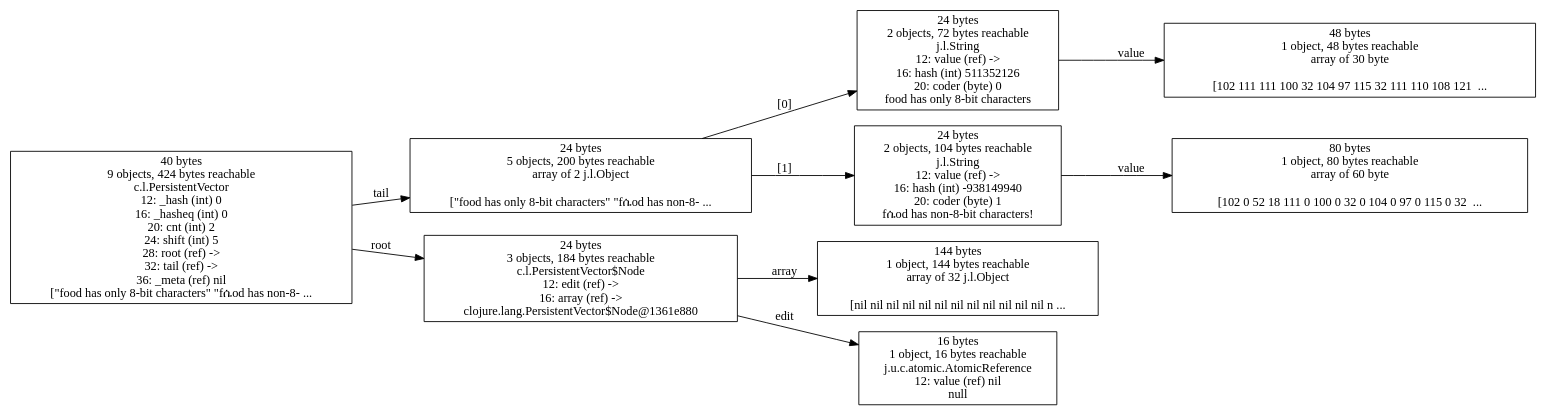
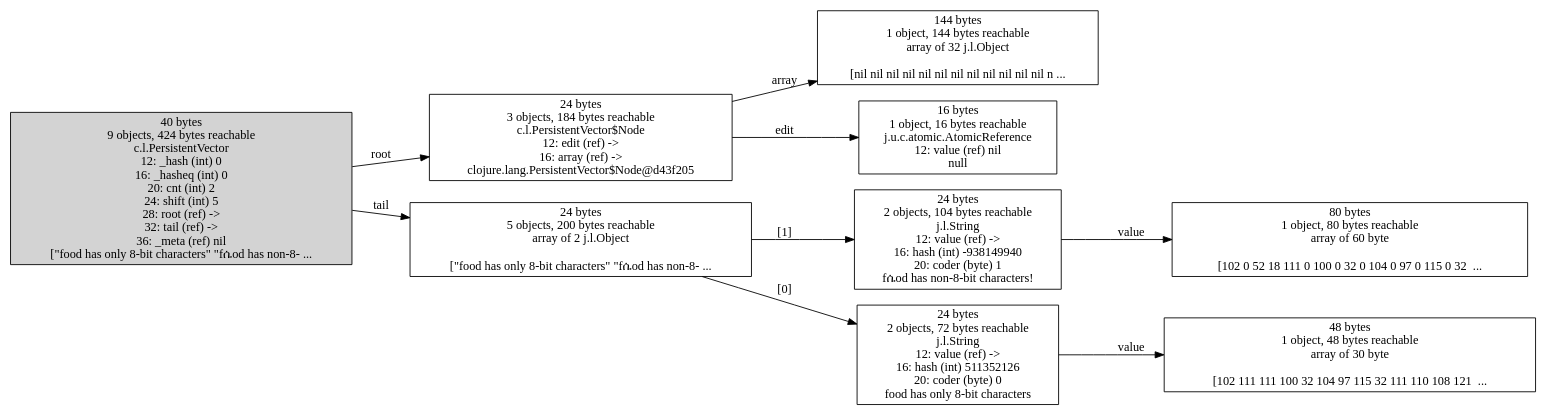
One commit to jafingerhut/cljol changed the diagram in doc/images/strings-8-bit-and-not-Linux-4.15.0-54-jdk-Oracle-9.0.4-clj-1.10.1.dot. Above: the diagram before and after it, drawn with Graphviz. The commit also changed 13 other files, not shown here.

```diff
--- a/doc/images/strings-8-bit-and-not-Linux-4.15.0-54-jdk-Oracle-9.0.4-clj-1.10.1.dot
+++ b/doc/images/strings-8-bit-and-not-Linux-4.15.0-54-jdk-Oracle-9.0.4-clj-1.10.1.dot
@@ -1,67 +1,67 @@
 digraph {
 graph [layout=dot,rankdir=LR];
-"26107443776" [label="144 bytes
+"26374549568" ["scc-num-nodes"=1,label="80 bytes
+1 object, 80 bytes reachable
+array of 60 byte
+
+[102 0 52 18 111 0 100 0 32 0 104 0 97 0 115 0 32  ...",shape=box];
+"26101009664" ["scc-num-nodes"=1,label="144 bytes
 1 object, 144 bytes reachable
 array of 32 j.l.Object
 
 [nil nil nil nil nil nil nil nil nil nil nil nil n ...",shape=box];
-"26380850048" [label="24 bytes
-5 objects, 200 bytes reachable
-array of 2 j.l.Object
-
-[\"food has only 8-bit characters\" \"fሴod has non-8- ...",shape=box];
-"26375618048" [label="80 bytes
-1 object, 80 bytes reachable
-array of 60 byte
-
-[102 0 52 18 111 0 100 0 32 0 104 0 97 0 115 0 32  ...",shape=box];
-"26367300288" [label="48 bytes
-1 object, 48 bytes reachable
-array of 30 byte
-
-[102 111 111 100 32 104 97 115 32 111 110 108 121  ...",shape=box];
-"26427026048" [label="24 bytes
+"26392458304" ["scc-num-nodes"=1,label="24 bytes
+2 objects, 104 bytes reachable
+j.l.String
+12: value (ref) ->
+16: hash (int) -938149940
+20: coder (byte) 1
+fሴod has non-8-bit characters!",shape=box];
+"26101009344" ["scc-num-nodes"=1,label="24 bytes
+3 objects, 184 bytes reachable
+c.l.PersistentVector$Node
+12: edit (ref) ->
+16: array (ref) ->
+clojure.lang.PersistentVector$Node@d43f205",shape=box];
+"26393894400" ["scc-num-nodes"=1,label="24 bytes
 2 objects, 72 bytes reachable
 j.l.String
 12: value (ref) ->
 16: hash (int) 511352126
 20: coder (byte) 0
 food has only 8-bit characters",shape=box];
-"26107443456" [label="24 bytes
-3 objects, 184 bytes reachable
-c.l.PersistentVector$Node
-12: edit (ref) ->
-16: array (ref) ->
-clojure.lang.PersistentVector$Node@1361e880",shape=box];
-"26380849728" [label="40 bytes
+"26376138368" ["scc-num-nodes"=1,label="24 bytes
+5 objects, 200 bytes reachable
+array of 2 j.l.Object
+
+[\"food has only 8-bit characters\" \"fሴod has non-8- ...",shape=box];
+"26376138048" ["scc-num-nodes"=1,style=filled,label="40 bytes
 9 objects, 424 bytes reachable
 c.l.PersistentVector
 12: _hash (int) 0
 16: _hasheq (int) 0
 20: cnt (int) 2
 24: shift (int) 5
 28: root (ref) ->
 32: tail (ref) ->
 36: _meta (ref) nil
 [\"food has only 8-bit characters\" \"fሴod has non-8- ...",shape=box];
-"26425978112" [label="24 bytes
-2 objects, 104 bytes reachable
-j.l.String
-12: value (ref) ->
-16: hash (int) -938149940
-20: coder (byte) 1
-fሴod has non-8-bit characters!",shape=box];
-"26107443648" [label="16 bytes
+"26388302592" ["scc-num-nodes"=1,label="48 bytes
+1 object, 48 bytes reachable
+array of 30 byte
+
+[102 111 111 100 32 104 97 115 32 111 110 108 121  ...",shape=box];
+"26101009536" ["scc-num-nodes"=1,label="16 bytes
 1 object, 16 bytes reachable
 j.u.c.atomic.AtomicReference
 12: value (ref) nil
 null",shape=box];
-"26380850048" -> "26427026048" ["field-name"="[0]",label="[0]"];
-"26380850048" -> "26425978112" ["field-name"="[1]",label="[1]"];
-"26427026048" -> "26367300288" ["field-name"=value,label=value];
-"26107443456" -> "26107443648" ["field-name"=edit,label=edit];
-"26107443456" -> "26107443776" ["field-name"=array,label=array];
-"26380849728" -> "26107443456" ["field-name"=root,label=root];
-"26380849728" -> "26380850048" ["field-name"=tail,label=tail];
-"26425978112" -> "26375618048" ["field-name"=value,label=value];
+"26392458304" -> "26374549568" ["field-name"=value,label=value];
+"26101009344" -> "26101009536" ["field-name"=edit,label=edit];
+"26101009344" -> "26101009664" ["field-name"=array,label=array];
+"26393894400" -> "26388302592" ["field-name"=value,label=value];
+"26376138368" -> "26393894400" ["field-name"="[0]",label="[0]"];
+"26376138368" -> "26392458304" ["field-name"="[1]",label="[1]"];
+"26376138048" -> "26101009344" ["field-name"=root,label=root];
+"26376138048" -> "26376138368" ["field-name"=tail,label=tail];
 } 
```
